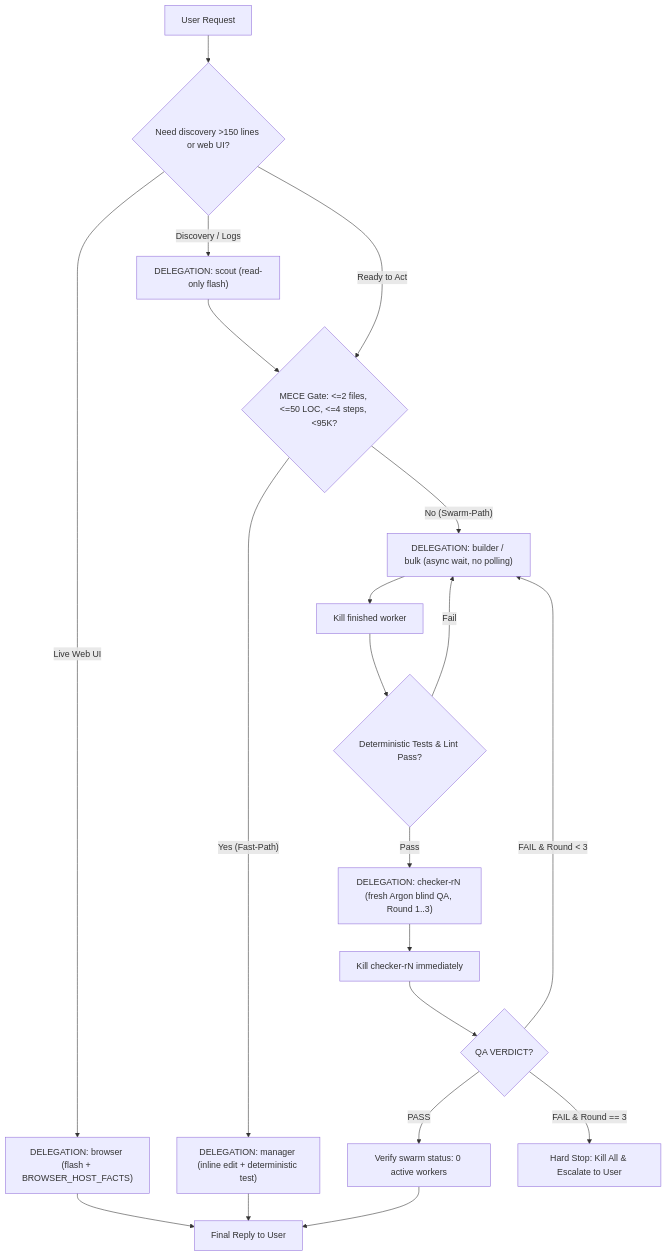
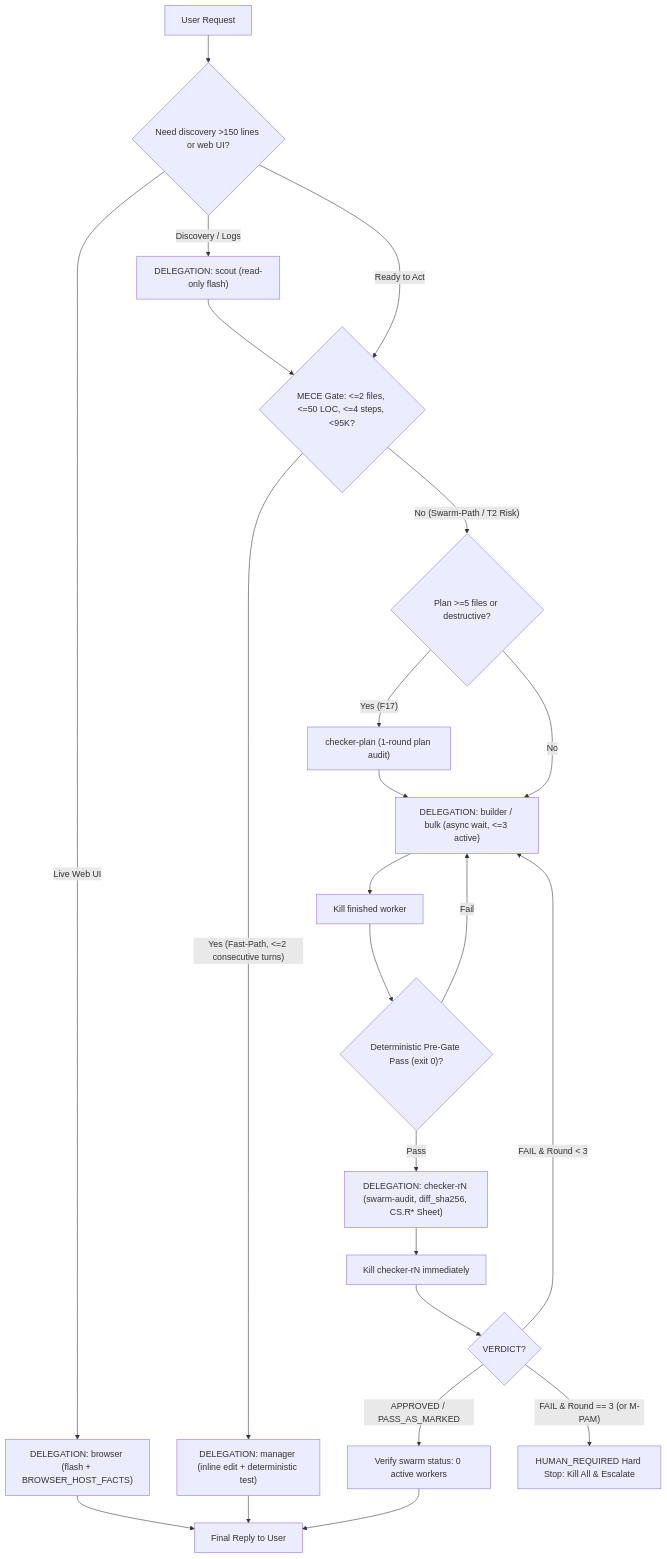
One commit to ehsandftm/antigravity-delegation-rules changed the diagram in README.md. Above: the diagram before and after it, drawn with Mermaid. The commit also changed other lines of this file and 21 other files, not shown here.

Commit message:
feat(v1.1-v1.2): unified shared-quota policy, swarm-audit MVD Comment Sheet, and opt-in hardened hooks (--with-hooks)

````diff
--- a/README.md
+++ b/README.md
@@ -15,24 +16,27 @@
 ```mermaid
 flowchart TD
     U["User Request"] --> T{"Need discovery >150 lines or web UI?"}
     T -->|"Discovery / Logs"| SC["DELEGATION: scout (read-only flash)"]
     T -->|"Live Web UI"| BR["DELEGATION: browser (flash + BROWSER_HOST_FACTS)"]
     SC --> G
     BR --> DONE
     T -->|"Ready to Act"| G{"MECE Gate: <=2 files, <=50 LOC, <=4 steps, <95K?"}
 
-    G -->|"Yes (Fast-Path)"| M["DELEGATION: manager (inline edit + deterministic test)"]
+    G -->|"Yes (Fast-Path, <=2 consecutive turns)"| M["DELEGATION: manager (inline edit + deterministic test)"]
     M --> DONE["Final Reply to User"]
 
-    G -->|"No (Swarm-Path)"| W["DELEGATION: builder / bulk (async wait, no polling)"]
+    G -->|"No (Swarm-Path / T2 Risk)"| P{"Plan >=5 files or destructive?"}
+    P -->|"Yes (F17)"| CP["checker-plan (1-round plan audit)"]
+    CP --> W
+    P -->|"No"| W["DELEGATION: builder / bulk (async wait, <=3 active)"]
     W --> K1["Kill finished worker"]
-    K1 --> DT{"Deterministic Tests & Lint Pass?"}
+    K1 --> DT{"Deterministic Pre-Gate Pass (exit 0)?"}
     DT -->|"Fail"| W
-    DT -->|"Pass"| C["DELEGATION: checker-rN (fresh Argon blind QA, Round 1..3)"]
+    DT -->|"Pass"| C["DELEGATION: checker-rN (swarm-audit, diff_sha256, CS.R* Sheet)"]
     C --> K2["Kill checker-rN immediately"]
-    K2 --> V{"QA VERDICT?"}
-    V -->|"PASS"| ST["Verify swarm status: 0 active workers"]
+    K2 --> V{"VERDICT?"}
+    V -->|"APPROVED / PASS_AS_MARKED"| ST["Verify swarm status: 0 active workers"]
     ST --> DONE
     V -->|"FAIL & Round < 3"| W
-    V -->|"FAIL & Round == 3"| HS["Hard Stop: Kill All & Escalate to User"]
+    V -->|"FAIL & Round == 3 (or M-PAM)"| HS["HUMAN_REQUIRED Hard Stop: Kill All & Escalate"]
 ```
````
